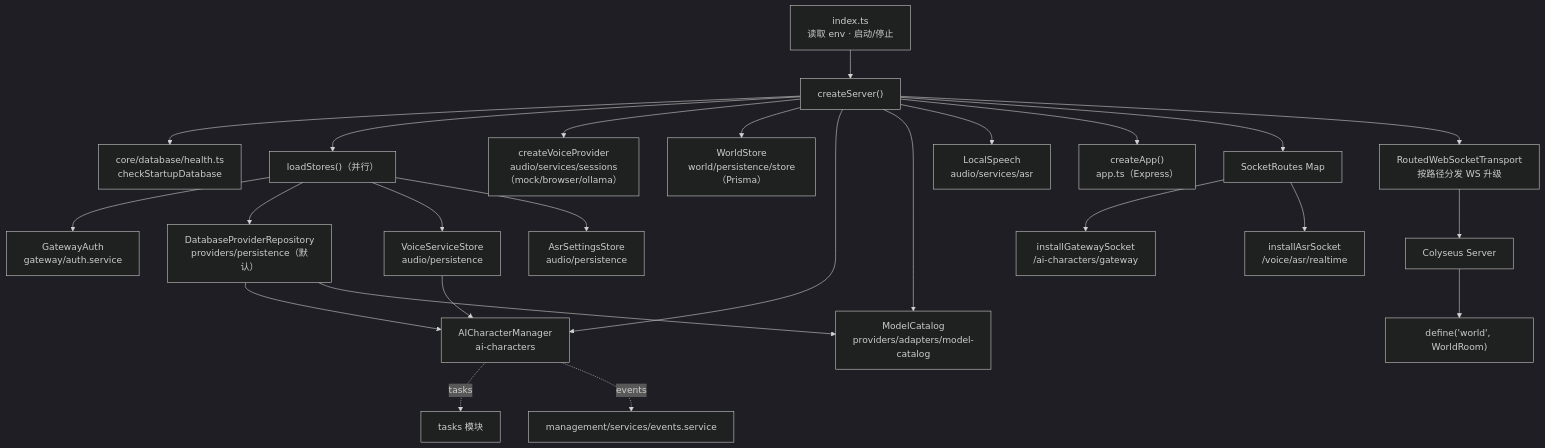
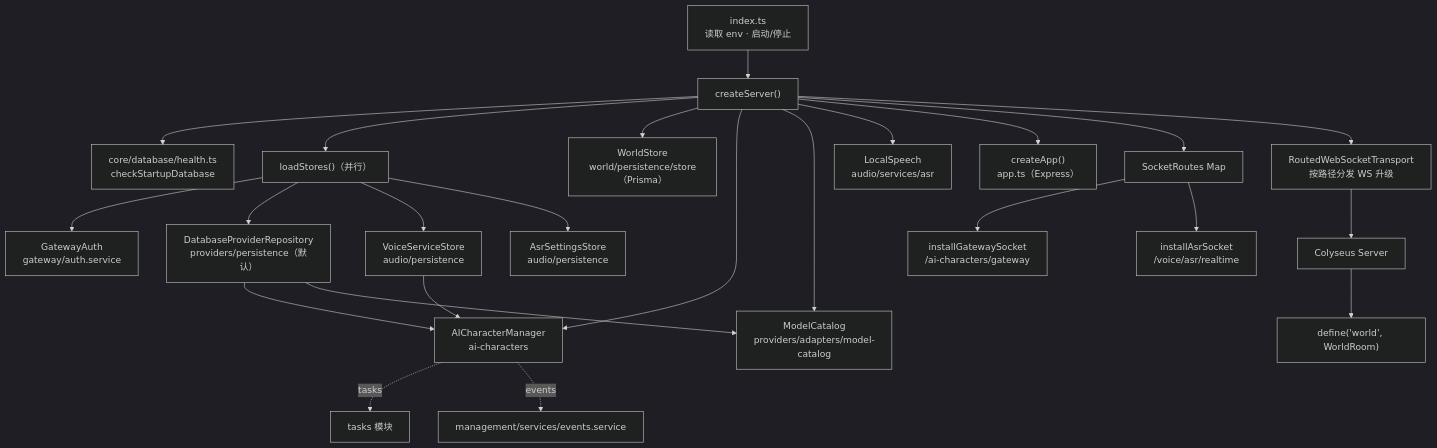
One commit to lulabs-org/embocraft changed the fourth of 14 diagrams in docs/guide/architecture-diagrams.md. Above: the diagram before and after it, drawn with Mermaid (dark theme). The commit also changed other lines of this file and 24 other files, not shown here.

````diff
--- a/docs/guide/architecture-diagrams.md
+++ b/docs/guide/architecture-diagrams.md
@@ -87,32 +87,31 @@
 ```mermaid
 graph TD
     Index["index.ts<br/>读取 env · 启动/停止"] --> Create["createServer()"]
 
     Create --> Startup["core/database/health.ts<br/>checkStartupDatabase"]
     Create --> Stores["loadStores()（并行）"]
     Stores --> GA["GatewayAuth<br/>gateway/auth.service"]
     Stores --> PS["DatabaseProviderRepository<br/>providers/persistence（默认）"]
     Stores --> VS["VoiceServiceStore<br/>audio/persistence"]
     Stores --> AS["AsrSettingsStore<br/>audio/persistence"]
 
-    Create --> VP["createVoiceProvider<br/>audio/services/sessions（mock/browser/ollama）"]
     Create --> WS["WorldStore<br/>world/persistence/store（Prisma）"]
     Create --> ACM["AICharacterManager<br/>ai-characters"]
     Create --> MC["ModelCatalog<br/>providers/adapters/model-catalog"]
     Create --> LS["LocalSpeech<br/>audio/services/asr"]
 
     Create --> App["createApp()<br/>app.ts（Express）"]
     Create --> Sockets["SocketRoutes Map"]
     Sockets --> GWS["installGatewaySocket<br/>/ai-characters/gateway"]
     Sockets --> ASRS["installAsrSocket<br/>/voice/asr/realtime"]
 
     Create --> Transport["RoutedWebSocketTransport<br/>按路径分发 WS 升级"]
     Transport --> Colyseus["Colyseus Server"]
     Colyseus --> Room["define('world', WorldRoom)"]
 
     ACM -.->|tasks| Tasks["tasks 模块"]
     ACM -.->|events| Events["management/services/events.service"]
     PS --> ACM
     VS --> ACM
     PS --> MC
 ```
````
